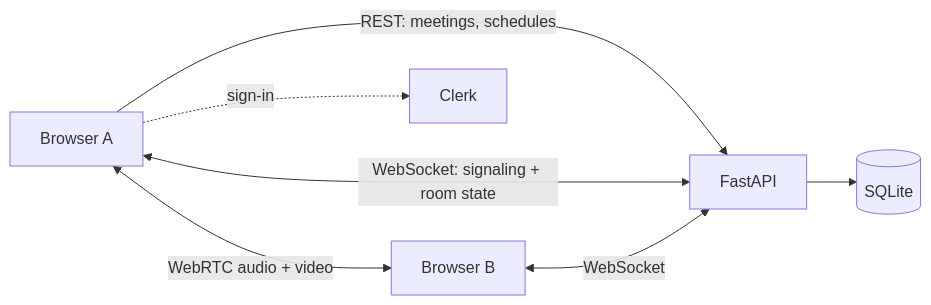
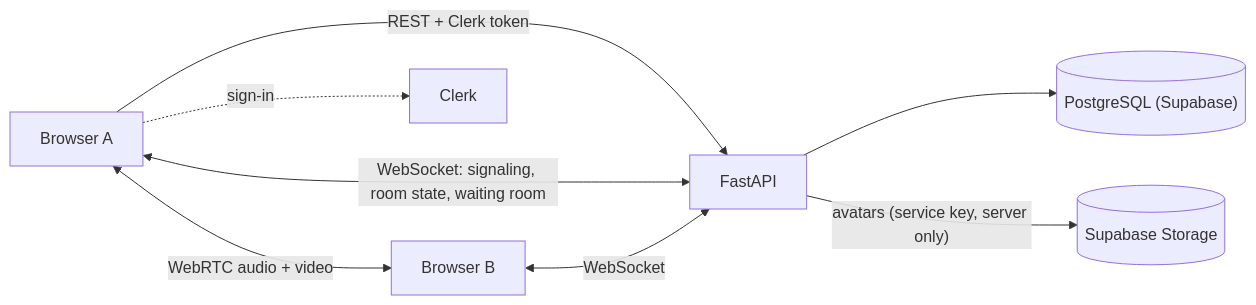
One commit to prnvvv/Meetly changed the diagram in README.md. Above: the diagram before and after it, drawn with Mermaid. The commit also changed other lines of this file and 202 other files, not shown here.

First line of the commit message:
Backend hardening, social features, waiting room and real E2E fixes (#36)

````diff
--- a/README.md
+++ b/README.md
@@ -56,9 +58,10 @@
 ```mermaid
 flowchart LR
     B1["Browser A"] <-->|"WebRTC audio + video"| B2["Browser B"]
-    B1 -->|"REST: meetings, schedules"| API["FastAPI"]
-    B1 <-->|"WebSocket: signaling + room state"| API
+    B1 -->|"REST + Clerk token"| API["FastAPI"]
+    B1 <-->|"WebSocket: signaling, room state, waiting room"| API
     B2 <-->|"WebSocket"| API
-    API --> DB[("SQLite")]
+    API --> DB[("PostgreSQL (Supabase)")]
+    API -->|"avatars (service key, server only)"| ST[("Supabase Storage")]
     B1 -.->|"sign-in"| Clerk["Clerk"]
 ```
````
